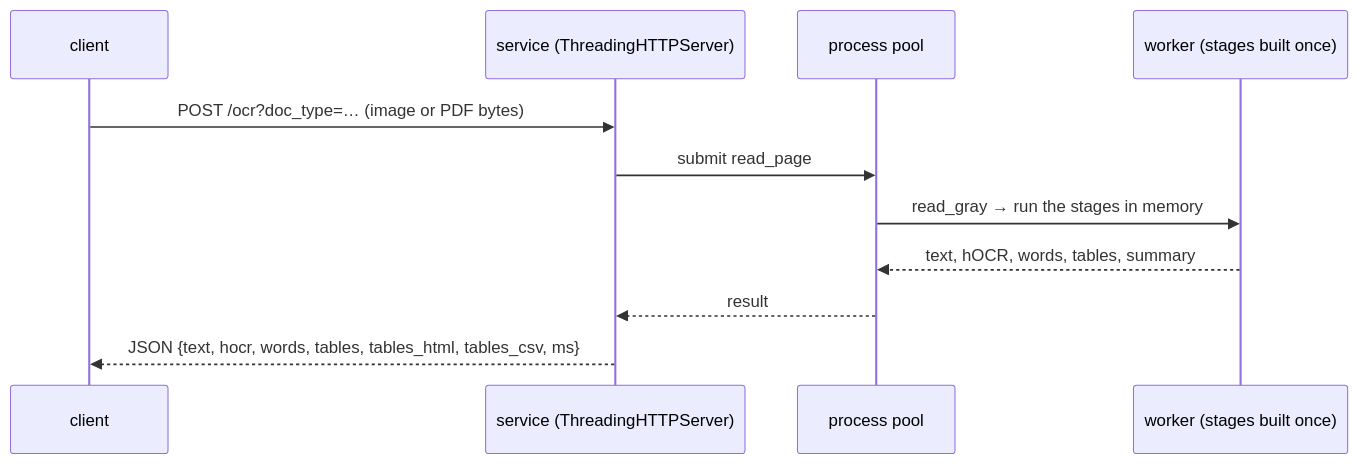
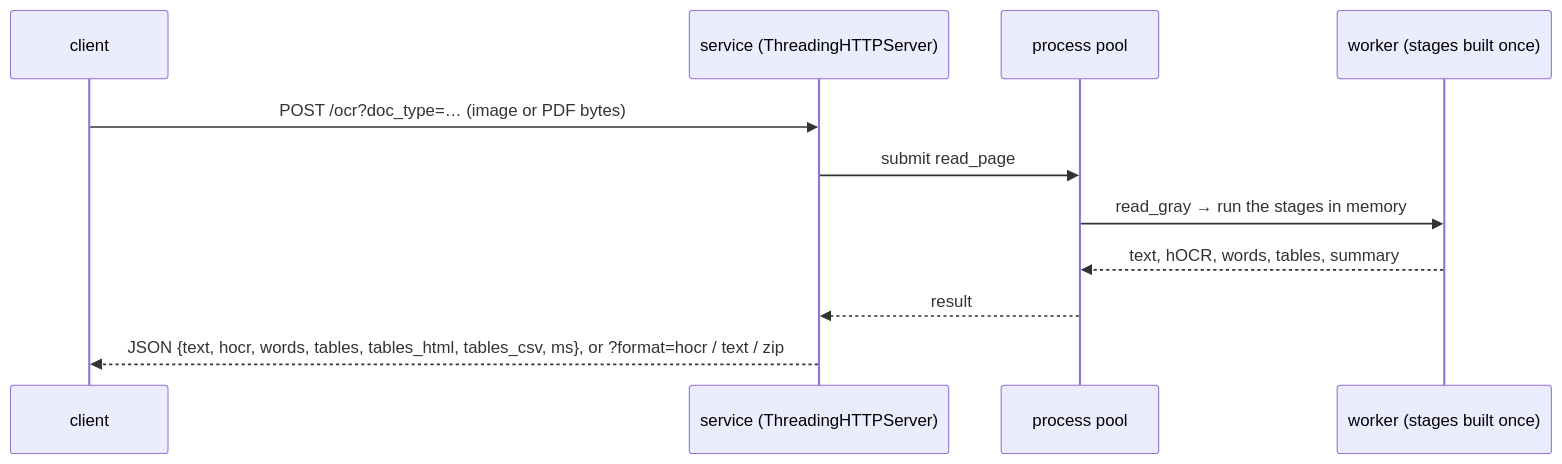
Before and after one commit to msharpe248/mlws-ocr: diagram 11 of 13 in docs/ARCHITECTURE.md, drawn with Mermaid. The commit also changed other lines of this file and 6 other files, not shown here.

````diff
--- a/docs/ARCHITECTURE.md
+++ b/docs/ARCHITECTURE.md
@@ -488,13 +488,13 @@
 ```mermaid
 sequenceDiagram
     participant C as client
     participant S as service (ThreadingHTTPServer)
     participant P as process pool
     participant W as worker (stages built once)
     C->>S: POST /ocr?doc_type=… (image or PDF bytes)
     S->>P: submit read_page
     P->>W: read_gray → run the stages in memory
     W-->>P: text, hOCR, words, tables, summary
     P-->>S: result
-    S-->>C: JSON {text, hocr, words, tables, tables_html, tables_csv, ms}
+    S-->>C: JSON {text, hocr, words, tables, tables_html, tables_csv, ms}, or ?format=hocr / text / zip
 ```
````
